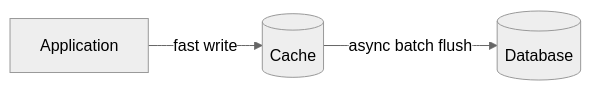
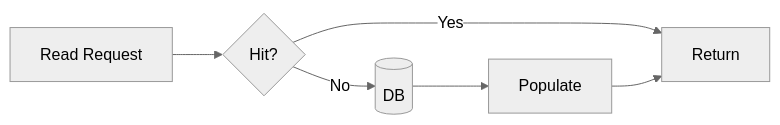
One commit to hareramcse/SystemDesign changed the second of 3 diagrams in 03-caching/README.md. Above: the diagram before and after it, drawn with Mermaid (neutral theme). The commit also changed other lines of this file and 15 other files, not shown here.

````diff
--- a/03-caching/README.md
+++ b/03-caching/README.md
@@ -359,5 +58,6 @@
 ```mermaid
 flowchart LR
-    App[Application] -->|fast write| Cache[(Cache)]
-    Cache -->|async batch flush| DB[(Database)]
+    Read[Read Request] --> Check{Hit?}
+    Check -->|Yes| Return
+    Check -->|No| DB[(DB)] --> Populate --> Return
 ```
````
